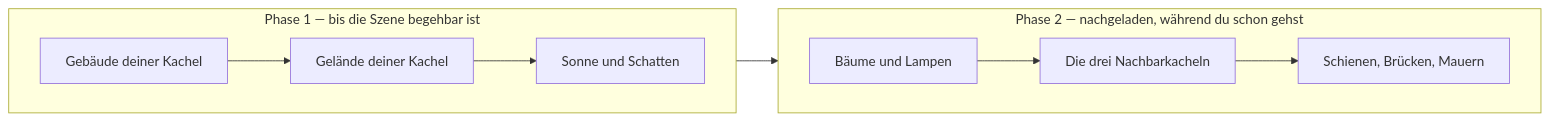
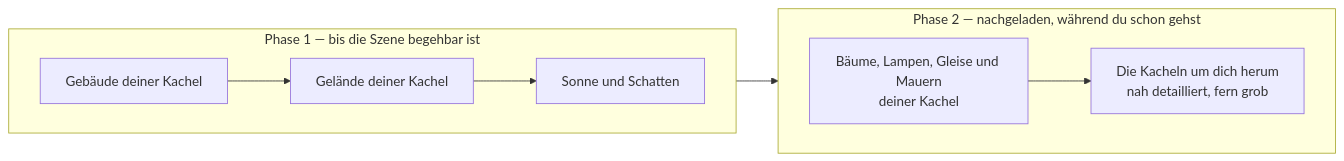
The second of 2 diagrams in docs/guide/de/how-it-works.md (mdugue/bridge), drawn with Mermaid before and after one commit. The commit also changed other lines of this file and 9 other files, not shown here.

````diff
--- a/docs/guide/de/how-it-works.md
+++ b/docs/guide/de/how-it-works.md
@@ -70,12 +75,12 @@
 ```mermaid
 flowchart LR
   subgraph P1["Phase 1 — bis die Szene begehbar ist"]
     direction LR
     a["Gebäude deiner Kachel"] --> b["Gelände deiner Kachel"] --> c["Sonne und Schatten"]
   end
   subgraph P2["Phase 2 — nachgeladen, während du schon gehst"]
     direction LR
-    d["Bäume und Lampen"] --> e["Die drei Nachbarkacheln"] --> f["Schienen, Brücken, Mauern"]
+    d["Bäume, Lampen, Gleise und Mauern<br/>deiner Kachel"] --> e["Die Kacheln um dich herum<br/>nah detailliert, fern grob"]
   end
   P1 --> P2
 ```
````
